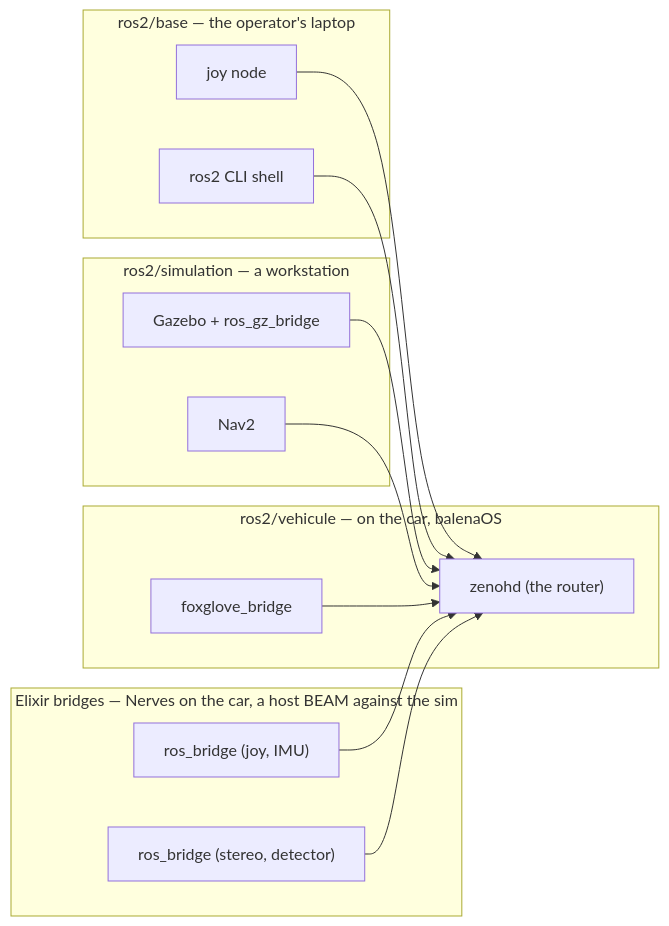
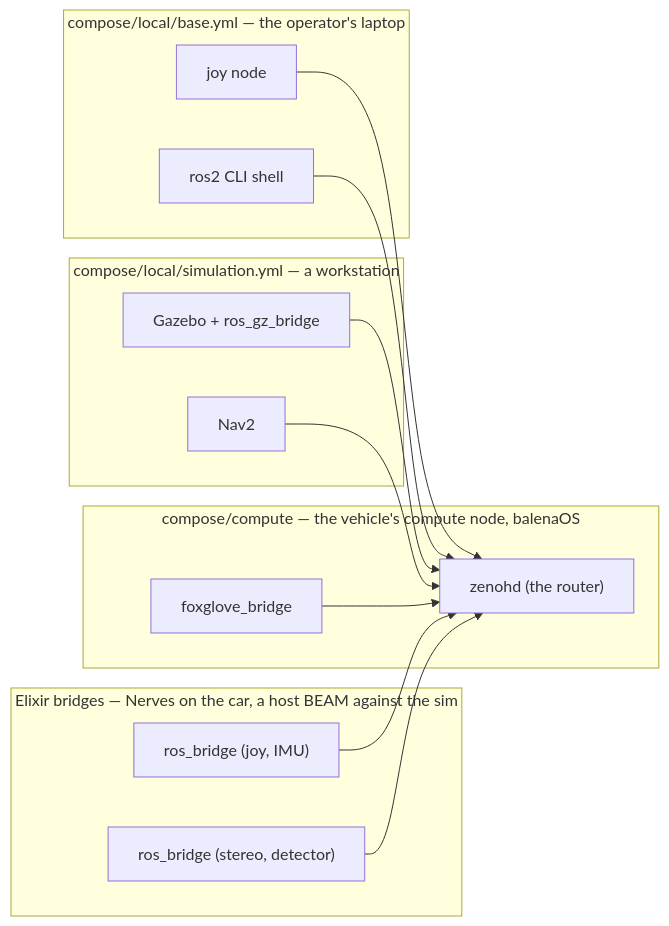
The first of 8 diagrams in docs/ros2_integration.md (open-vehicle-control-system/ovcs), drawn with Mermaid before and after one commit. The commit also changed other lines of this file and 88 other files, not shown here.

````diff
--- a/docs/ros2_integration.md
+++ b/docs/ros2_integration.md
@@ -38,26 +38,26 @@
 ```mermaid
 flowchart LR
-    subgraph vehicle["ros2/vehicule — on the car, balenaOS"]
+    subgraph vehicle["compose/compute — the vehicle's compute node, balenaOS"]
         zenohd["zenohd (the router)"]
         foxglove["foxglove_bridge"]
     end
-    subgraph base["ros2/base — the operator's laptop"]
+    subgraph base["compose/local/base.yml — the operator's laptop"]
         joy["joy node"]
         cli["ros2 CLI shell"]
     end
-    subgraph sim["ros2/simulation — a workstation"]
+    subgraph sim["compose/local/simulation.yml — a workstation"]
         gz["Gazebo + ros_gz_bridge"]
         nav2["Nav2"]
     end
     subgraph elixir["Elixir bridges — Nerves on the car, a host BEAM against the sim"]
         rosbr["ros_bridge (joy, IMU)"]
         percep["ros_bridge (stereo, detector)"]
     end
     joy --> zenohd
     cli --> zenohd
     gz --> zenohd
     nav2 --> zenohd
     rosbr --> zenohd
     percep --> zenohd
     foxglove --> zenohd
 ```
````
